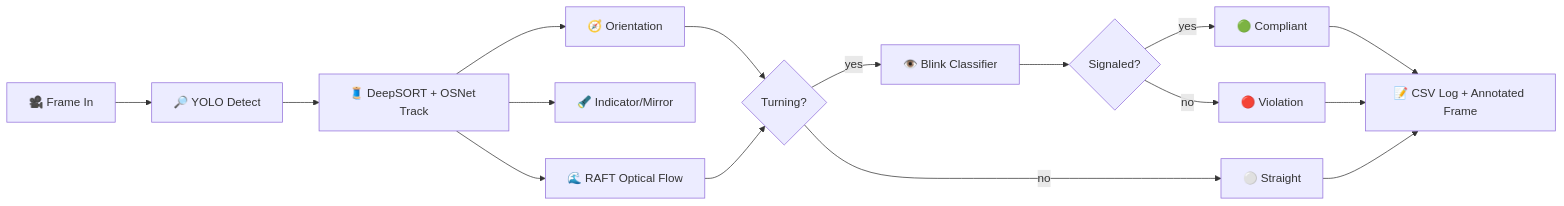
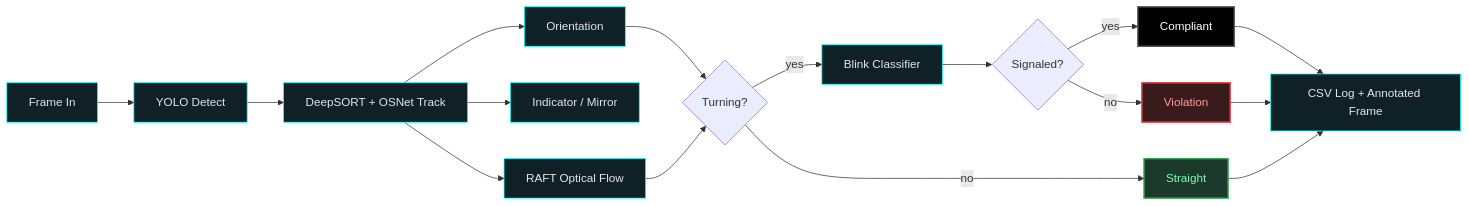
Before and after one commit to Salal04/SafeRideVision: the diagram in README.md, drawn with Mermaid. The commit also changed other lines of this file, not shown here.

Commit message:
Revise README for clarity and accuracy
Updated descriptions and flowchart labels in README.

````diff
--- a/README.md
+++ b/README.md
@@ -132,15 +132,25 @@
 ```mermaid
 flowchart LR
-    A[🎥 Frame In] --> B[🔎 YOLO Detect]
-    B --> C[🧵 DeepSORT + OSNet Track]
-    C --> D[🧭 Orientation]
-    C --> E[🔦 Indicator/Mirror]
-    C --> F[🌊 RAFT Optical Flow]
+    A[Frame In] --> B[YOLO Detect]
+    B --> C[DeepSORT + OSNet Track]
+    C --> D[Orientation]
+    C --> E[Indicator / Mirror]
+    C --> F[RAFT Optical Flow]
     D & F --> G{Turning?}
-    G -- yes --> H[👁️ Blink Classifier]
+    G -- yes --> H[Blink Classifier]
     H --> I{Signaled?}
-    I -- yes --> J[🟢 Compliant]
-    I -- no --> K[🔴 Violation]
-    G -- no --> L[⚪ Straight]
-    J & K & L --> M[📝 CSV Log + Annotated Frame]
+    I -- yes --> J[Compliant]
+    I -- no --> K[Violation]
+    G -- no --> L[Straight]
+    J & K & L --> M[CSV Log + Annotated Frame]
+
+    classDef compliant fill:#000000,stroke:#555555,stroke-width:2px,color:#ffffff
+    classDef violation fill:#3a1b1b,stroke:#e5484d,stroke-width:2px,color:#FF9C9C
+    classDef straight fill:#1b3a2b,stroke:#2ea44f,stroke-width:2px,color:#7CFFB2
+    classDef process fill:#0F2027,stroke:#00FFFF,stroke-width:1px,color:#e6e6e6
+
+    class J compliant
+    class K violation
+    class L straight
+    class A,B,C,D,E,F,H,M process
 ```
````
